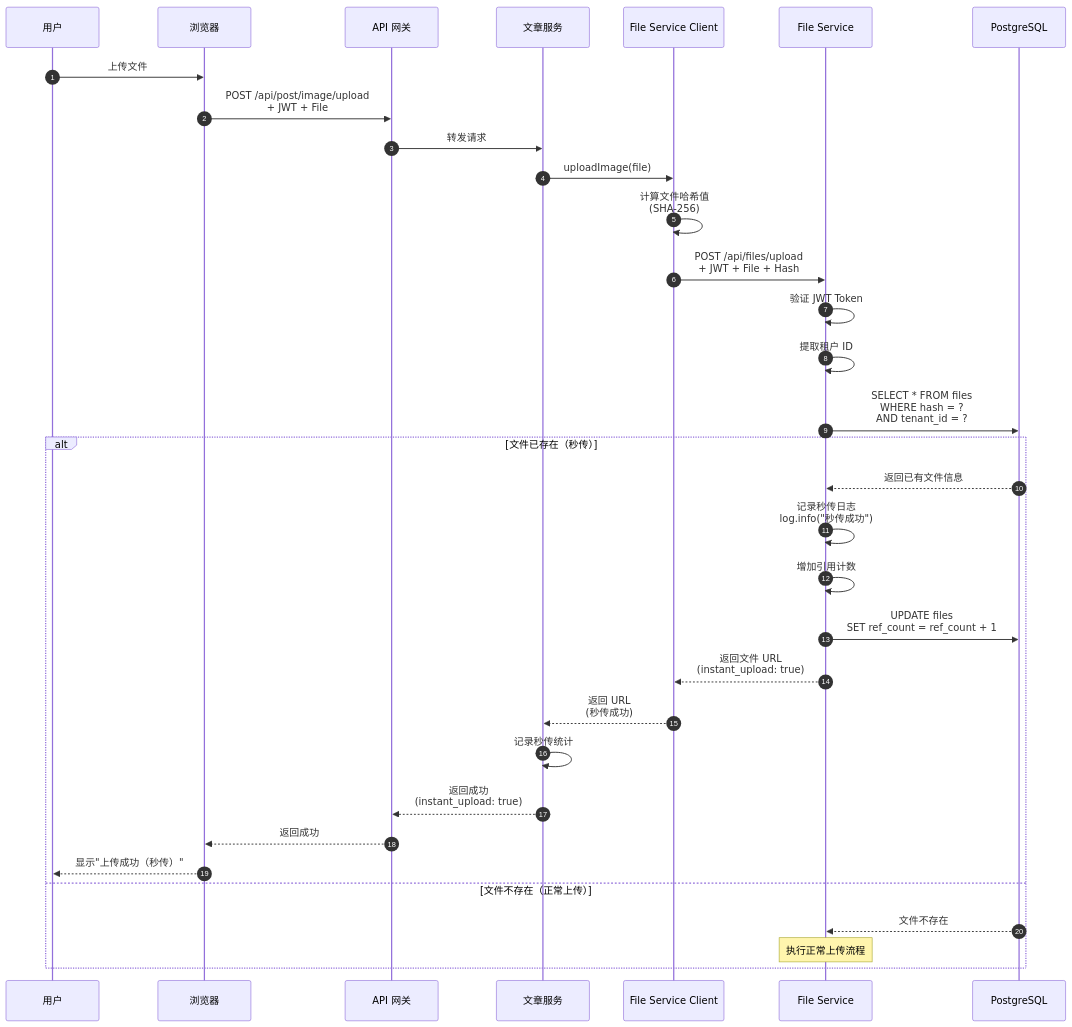
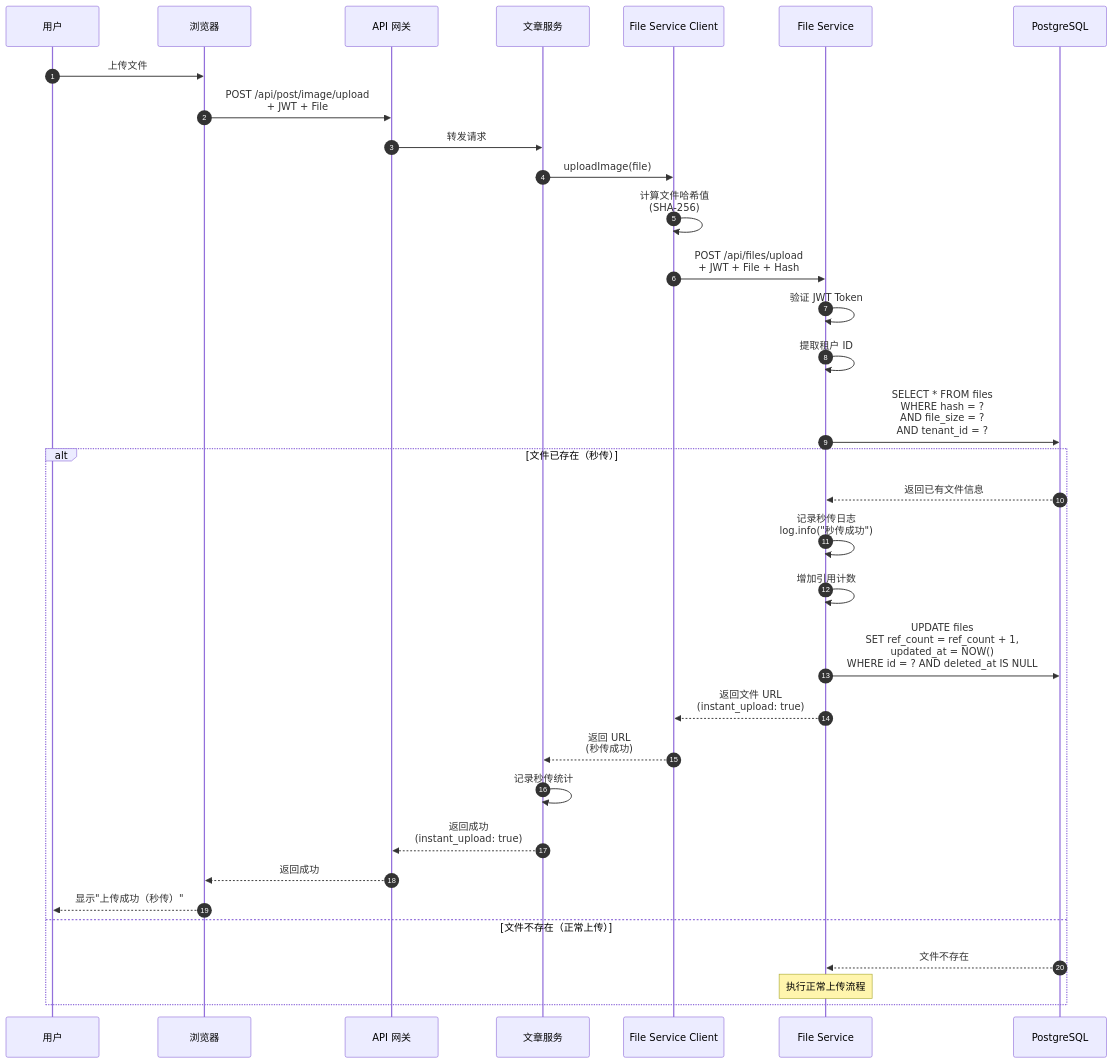
One commit to architectcgz/zhicore changed the ninth of 12 diagrams in docs/architecture/file-service-data-flow.md. Above: the diagram before and after it, drawn with Mermaid. The commit also changed other lines of this file and 131 other files, not shown here.

````diff
--- a/docs/architecture/file-service-data-flow.md
+++ b/docs/architecture/file-service-data-flow.md
@@ -390,44 +389,44 @@
 ```mermaid
 sequenceDiagram
     autonumber
     participant User as 用户
     participant Browser as 浏览器
     participant Gateway as API 网关
     participant PostService as 文章服务
     participant FileClient as File Service Client
     participant FileService as File Service
     participant PostgreSQL as PostgreSQL
     
     User->>Browser: 上传文件
     Browser->>Gateway: POST /api/post/image/upload<br/>+ JWT + File
     Gateway->>PostService: 转发请求
     
     PostService->>FileClient: uploadImage(file)
     FileClient->>FileClient: 计算文件哈希值<br/>(SHA-256)
     
     FileClient->>FileService: POST /api/files/upload<br/>+ JWT + File + Hash
     
     FileService->>FileService: 验证 JWT Token
     FileService->>FileService: 提取租户 ID
     
-    FileService->>PostgreSQL: SELECT * FROM files<br/>WHERE hash = ?<br/>AND tenant_id = ?
+    FileService->>PostgreSQL: SELECT * FROM files<br/>WHERE hash = ?<br/>AND file_size = ?<br/>AND tenant_id = ?
     
     alt 文件已存在（秒传）
         PostgreSQL-->>FileService: 返回已有文件信息
         
         FileService->>FileService: 记录秒传日志<br/>log.info("秒传成功")
         FileService->>FileService: 增加引用计数
-        FileService->>PostgreSQL: UPDATE files<br/>SET ref_count = ref_count + 1
+        FileService->>PostgreSQL: UPDATE files<br/>SET ref_count = ref_count + 1,<br/>updated_at = NOW()<br/>WHERE id = ? AND deleted_at IS NULL
         
         FileService-->>FileClient: 返回文件 URL<br/>(instant_upload: true)
         FileClient-->>PostService: 返回 URL<br/>(秒传成功)
         
         PostService->>PostService: 记录秒传统计
         PostService-->>Gateway: 返回成功<br/>(instant_upload: true)
         Gateway-->>Browser: 返回成功
         Browser-->>User: 显示"上传成功（秒传）"
     else 文件不存在（正常上传）
         PostgreSQL-->>FileService: 文件不存在
         Note over FileService: 执行正常上传流程
     end
 ```
````
